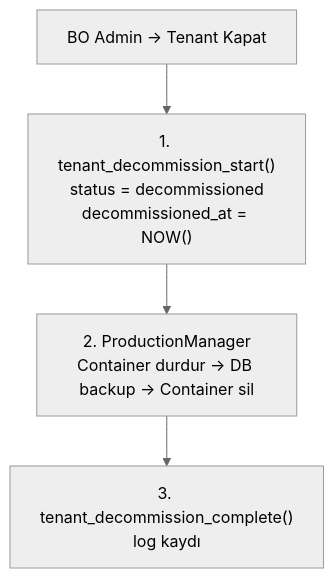
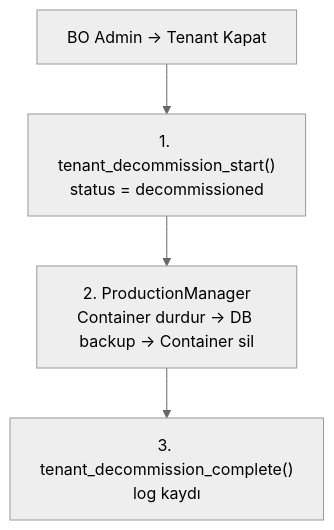
Before and after one commit to frhtshn/One.DB: the fourth of 4 diagrams in .docs/guides/PROVISIONING_GUIDE.md, drawn with Mermaid (neutral theme). The commit also changed other lines of this file and 6 other files, not shown here.

Commit message:
docs: Update flowchart formatting for improved readability in multiple guides

````diff
--- a/.docs/guides/PROVISIONING_GUIDE.md
+++ b/.docs/guides/PROVISIONING_GUIDE.md
@@ -180,7 +180,7 @@
 ```mermaid
 flowchart TD
     BO["BO Admin → Tenant Kapat"] --> S1
-    S1["1. tenant_decommission_start()\nstatus = decommissioned\ndecommissioned_at = NOW()"]
-    S1 --> S2["2. ProductionManager\nContainer durdur → DB backup → Container sil"]
-    S2 --> S3["3. tenant_decommission_complete()\nlog kaydı"]
+    S1["1. tenant_decommission_start()<br/>status = decommissioned"]
+    S1 --> S2["2. ProductionManager<br/>Container durdur → DB backup → Container sil"]
+    S2 --> S3["3. tenant_decommission_complete()<br/>log kaydı"]
 ```
````
